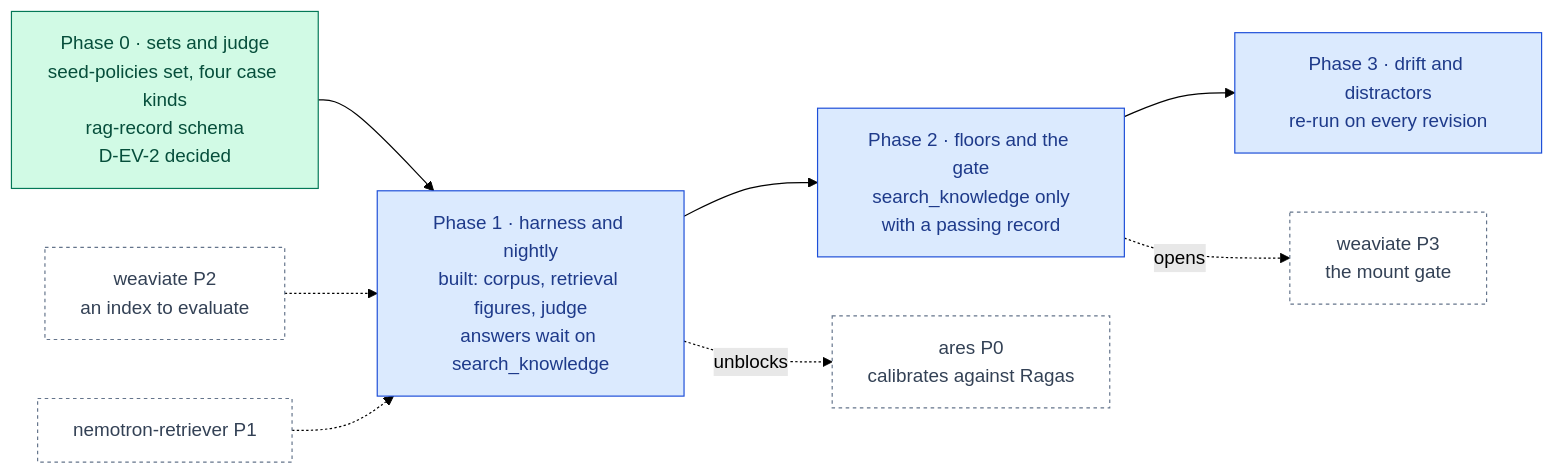
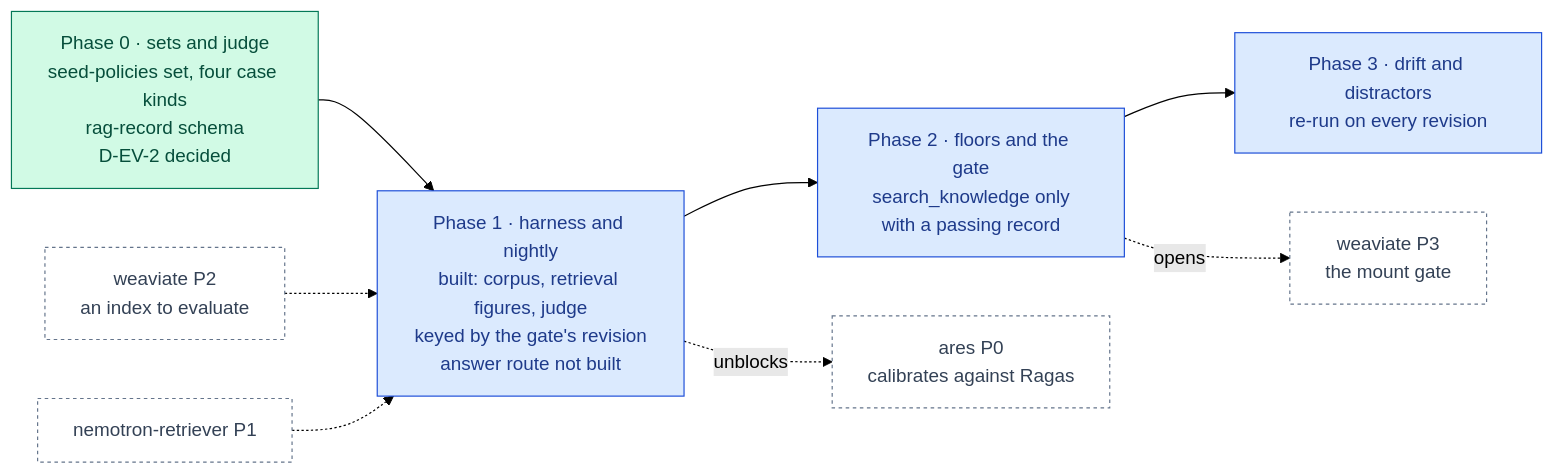
Before and after one commit to RodnaPamet/inflect-compliance: the diagram in docs/ai-architecture/ragas.md, drawn with Mermaid (forest theme). The commit also changed other lines of this file and 18 other files, not shown here.

First line of the commit message:
feat(evals): the Ragas nightly keys its record by the search_knowledge gate's revision and floors (#5755)

````diff
--- a/docs/ai-architecture/ragas.md
+++ b/docs/ai-architecture/ragas.md
@@ -29,23 +29,23 @@
 ```mermaid
 flowchart LR
   P0["Phase 0 · sets and judge<br/>seed-policies set, four case kinds<br/>rag-record schema<br/>D-EV-2 decided"]:::done
-  P1["Phase 1 · harness and nightly<br/>built: corpus, retrieval figures, judge<br/>answers wait on search_knowledge"]:::todo
+  P1["Phase 1 · harness and nightly<br/>built: corpus, retrieval figures, judge<br/>keyed by the gate's revision<br/>answer route not built"]:::todo
   P2["Phase 2 · floors and the gate<br/>search_knowledge only<br/>with a passing record"]:::todo
   P3["Phase 3 · drift and distractors<br/>re-run on every revision"]:::todo
   WV["weaviate P2<br/>an index to evaluate"]:::ext
   RT["nemotron-retriever P1"]:::ext
   WV3["weaviate P3<br/>the mount gate"]:::ext
   AR["ares P0<br/>calibrates against Ragas"]:::ext
   P0 --> P1 --> P2 --> P3
   WV -.-> P1
   RT -.-> P1
   P2 -.->|opens| WV3
   P1 -.->|unblocks| AR
 
   classDef done fill:#d1fae5,stroke:#047857,color:#064e3b
   classDef todo fill:#dbeafe,stroke:#1d4ed8,color:#1e3a8a
   classDef gate fill:#ede9fe,stroke:#6d28d9,color:#3b0764
   classDef ext fill:#ffffff,stroke:#64748b,color:#334155,stroke-dasharray:3 3
   classDef eval fill:#fce7f3,stroke:#be185d,color:#831843
   classDef declined fill:#f3f4f6,stroke:#6b7280,color:#374151,stroke-dasharray:4 3
 ```
````
